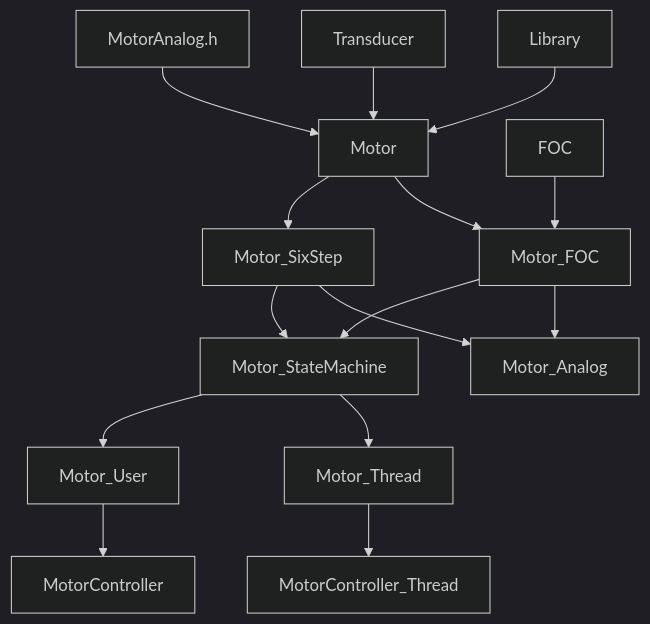
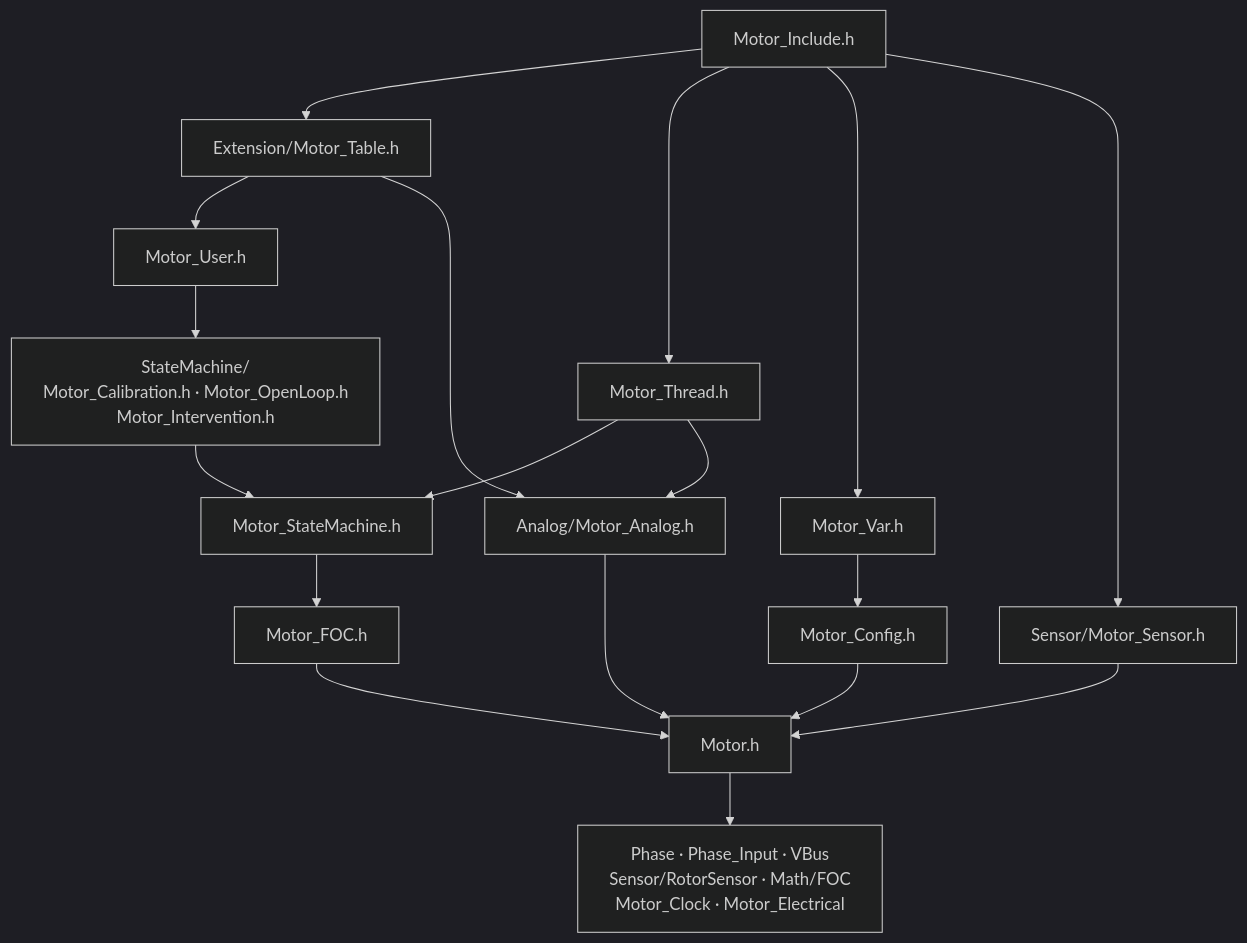
Before and after one commit to FireSourcery/FireSourcery_Library: the first of 2 diagrams in Motor/Docs/DependencyGraph.md, drawn with Mermaid (dark theme). The commit also changed other lines of this file and 58 other files, not shown here.

````diff
--- a/Motor/Docs/DependencyGraph.md
+++ b/Motor/Docs/DependencyGraph.md
@@ -1,19 +7,34 @@
 ```mermaid
+---
+config:
+  flowchart:
+    wrappingWidth: 600
+---
 flowchart TB
-    Library["Library"] --> Motor["Motor"]
-    Transducer["Transducer"] --> Motor
+    Include["Motor_Include.h"]
+    Table["Extension/Motor_Table.h"]
+    Thread["Motor_Thread.h"]
+    Var["Motor_Var.h"]
+    Sensor["Sensor/Motor_Sensor.h"]
+    User["Motor_User.h"]
+    Sub["StateMachine/<br/>Motor_Calibration.h · Motor_OpenLoop.h<br/>Motor_Intervention.h"]
+    MSM["Motor_StateMachine.h"]
+    FOC["Motor_FOC.h"]
+    Config["Motor_Config.h"]
+    Analog["Analog/Motor_Analog.h"]
+    Motor["Motor.h"]
+    Parts["Phase · Phase_Input · VBus<br/>Sensor/RotorSensor · Math/FOC<br/>Motor_Clock · Motor_Electrical"]
 
-    MotorAnalogH["MotorAnalog.h"] --> Motor
-    Motor --> MotorFoc["Motor_FOC"]
-    Motor --> MotorSixStep["Motor_SixStep"]
-    MotorSixStep --> MotorAnalog["Motor_Analog"]
-    Foc["FOC"] --> MotorFoc
-    MotorFoc --> MotorAnalog
-    MotorFoc --> MotorStateMachine["Motor_StateMachine"]
-    MotorSixStep --> MotorStateMachine
-    MotorStateMachine --> MotorThread["Motor_Thread"]
-    MotorStateMachine --> MotorUser["Motor_User"]
-
-    MotorUser --> MotorController["MotorController"]
-    MotorThread --> MotorControllerThread["MotorController_Thread"]
+    Include --> Table & Thread & Var & Sensor
+    Table --> User & Analog
+    Thread --> MSM & Analog
+    User --> Sub
+    Sub --> MSM
+    MSM --> FOC
+    FOC --> Motor
+    Var --> Config
+    Config --> Motor
+    Analog --> Motor
+    Sensor --> Motor
+    Motor --> Parts
 ```
````
